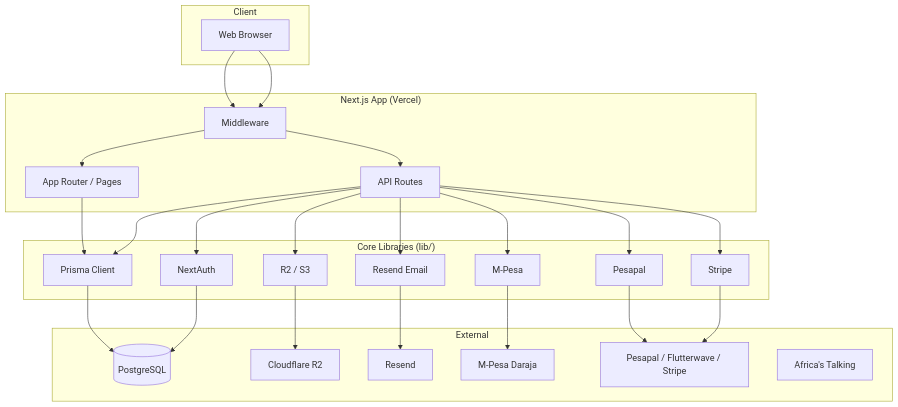
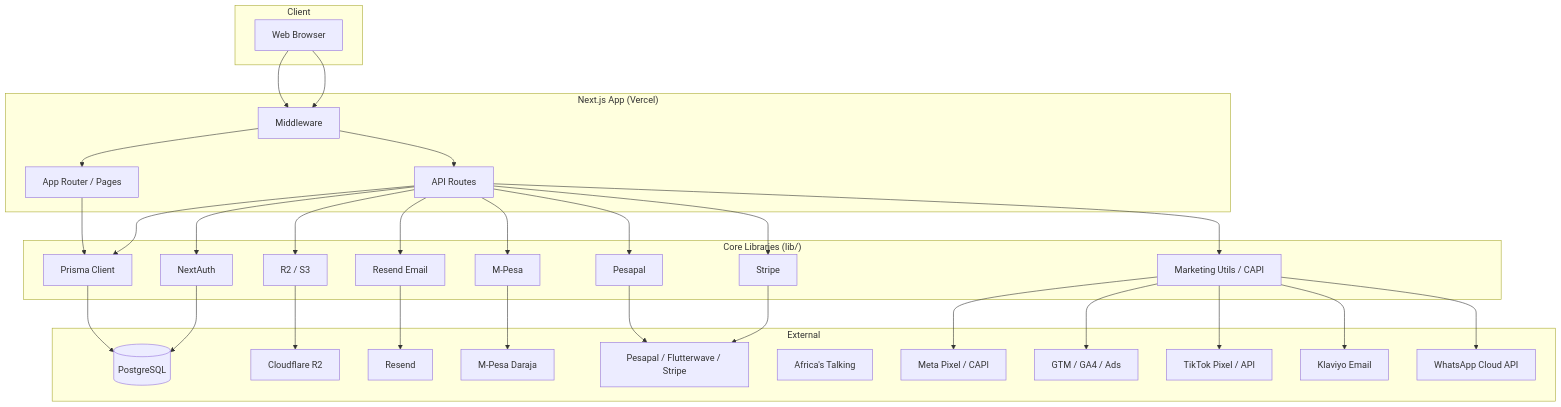
Before and after one commit to Ezana-Group/printhub_africa: the first of 2 diagrams in docs/SYSTEM_ARCHITECTURE.md, drawn with Mermaid. The commit also changed other lines of this file and 95 other files, not shown here.

Commit message:
feat: complete migration of admin settings to database-driven architecture

````diff
--- a/docs/SYSTEM_ARCHITECTURE.md
+++ b/docs/SYSTEM_ARCHITECTURE.md
@@ -42,49 +42,61 @@
 ```mermaid
 flowchart TB
   subgraph Client
     Browser[Web Browser]
   end
 
   subgraph "Next.js App (Vercel)"
     AppRouter[App Router / Pages]
     APIRoutes[API Routes]
     Middleware[Middleware]
   end
 
   subgraph "Core Libraries (lib/)"
     Auth[NextAuth]
     PrismaLib[Prisma Client]
     Email[Resend Email]
     S3R2[R2 / S3]
     Mpesa[M-Pesa]
     Pesapal[Pesapal]
     Stripe[Stripe]
+    Marketing[Marketing Utils / CAPI]
   end
 
   subgraph External
     DB[(PostgreSQL)]
     R2[Cloudflare R2]
     Resend[Resend]
     Daraja[M-Pesa Daraja]
     PaymentGW[Pesapal / Flutterwave / Stripe]
     SMS[Africa's Talking]
+    Meta[Meta Pixel / CAPI]
+    Google[GTM / GA4 / Ads]
+    TikTok[TikTok Pixel / API]
+    Klaviyo[Klaviyo Email]
+    WhatsApp[WhatsApp Cloud API]
   end
 
   Browser --> Middleware --> AppRouter
   Browser --> Middleware --> APIRoutes
   AppRouter --> PrismaLib
   APIRoutes --> Auth
   APIRoutes --> PrismaLib
   APIRoutes --> Email
   APIRoutes --> S3R2
   APIRoutes --> Mpesa
   APIRoutes --> Pesapal
   APIRoutes --> Stripe
+  APIRoutes --> Marketing
   PrismaLib --> DB
   S3R2 --> R2
   Email --> Resend
   Mpesa --> Daraja
   Pesapal --> PaymentGW
   Stripe --> PaymentGW
+  Marketing --> Meta
+  Marketing --> TikTok
+  Marketing --> Google
+  Marketing --> Klaviyo
+  Marketing --> WhatsApp
   Auth --> DB
 ```
````
